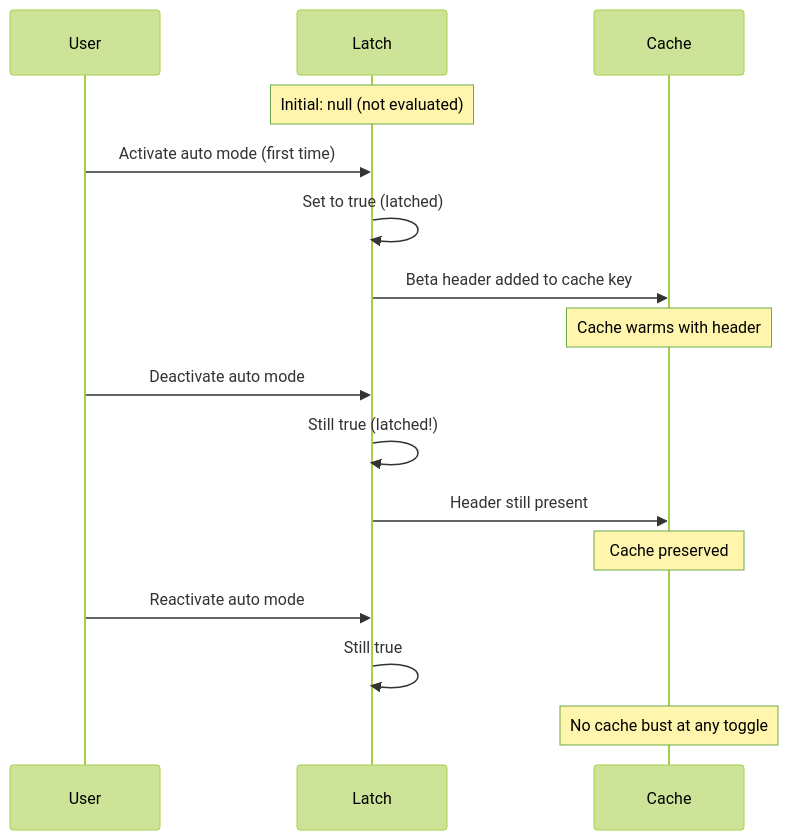
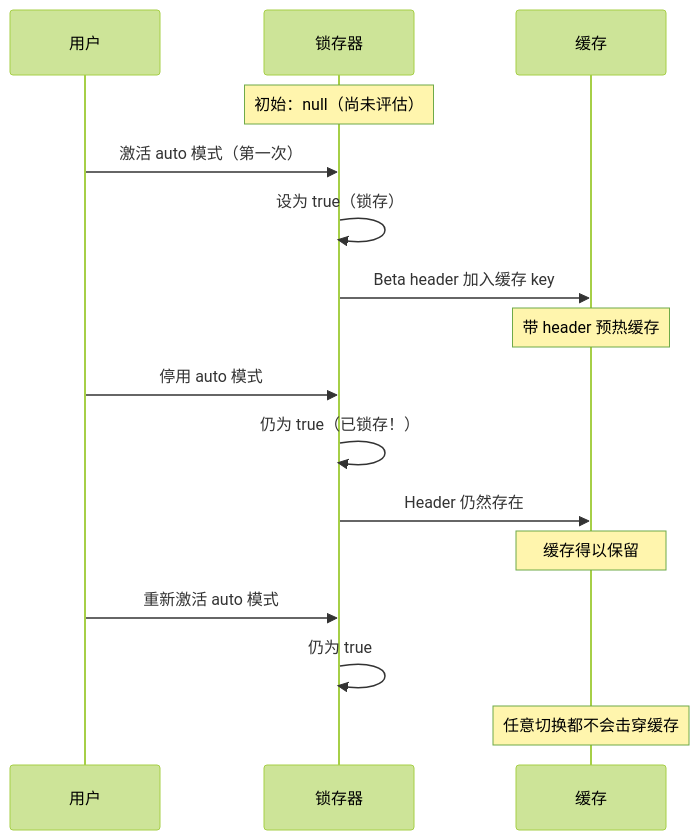
Before and after one commit to quanuanc/claude-code-from-source: the first of 2 diagrams in book-zh/ch03-state.md, drawn with Mermaid (forest theme). The commit also changed other lines of this file and 1 other file, not shown here.

````diff
--- a/book-zh/ch03-state.md
+++ b/book-zh/ch03-state.md
@@ -75,21 +68,21 @@
 ```mermaid
 sequenceDiagram
-    participant U as User
-    participant L as Latch
-    participant C as Cache
+    participant U as 用户
+    participant L as 锁存器
+    participant C as 缓存
 
-    Note over L: Initial: null (not evaluated)
-    U->>L: Activate auto mode (first time)
-    L->>L: Set to true (latched)
-    L->>C: Beta header added to cache key
-    Note over C: Cache warms with header
+    Note over L: 初始：null（尚未评估）
+    U->>L: 激活 auto 模式（第一次）
+    L->>L: 设为 true（锁存）
+    L->>C: Beta header 加入缓存 key
+    Note over C: 带 header 预热缓存
 
-    U->>L: Deactivate auto mode
-    L->>L: Still true (latched!)
-    L->>C: Header still present
-    Note over C: Cache preserved
+    U->>L: 停用 auto 模式
+    L->>L: 仍为 true（已锁存！）
+    L->>C: Header 仍然存在
+    Note over C: 缓存得以保留
 
-    U->>L: Reactivate auto mode
-    L->>L: Still true
-    Note over C: No cache bust at any toggle
+    U->>L: 重新激活 auto 模式
+    L->>L: 仍为 true
+    Note over C: 任意切换都不会击穿缓存
 ```
````
